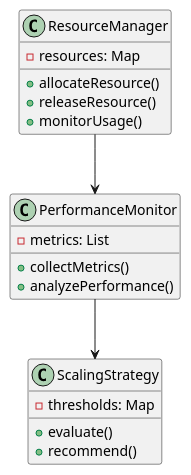
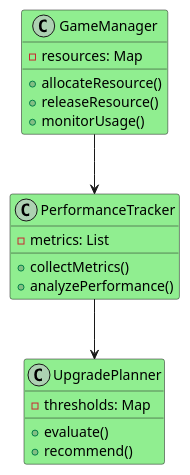
Before and after one commit to fine5351/info-sync: the second of 3 diagrams in doc/learning/architecture/vertical_scaling_tutorial.md, drawn with PlantUML. The commit also changed other lines of this file and 35 other files, not shown here.

````diff
--- a/doc/learning/architecture/vertical_scaling_tutorial.md
+++ b/doc/learning/architecture/vertical_scaling_tutorial.md
@@ -241,25 +133,28 @@
 ```plantuml
 @startuml
-class ResourceManager {
+skinparam backgroundColor white
+skinparam classBackgroundColor lightgreen
+
+class GameManager {
     - resources: Map
     + allocateResource()
     + releaseResource()
     + monitorUsage()
 }
 
-class PerformanceMonitor {
+class PerformanceTracker {
     - metrics: List
     + collectMetrics()
     + analyzePerformance()
 }
 
-class ScalingStrategy {
+class UpgradePlanner {
     - thresholds: Map
     + evaluate()
     + recommend()
 }
 
-ResourceManager --> PerformanceMonitor
-PerformanceMonitor --> ScalingStrategy
+GameManager --> PerformanceTracker
+PerformanceTracker --> UpgradePlanner
 @enduml
 ```
````
